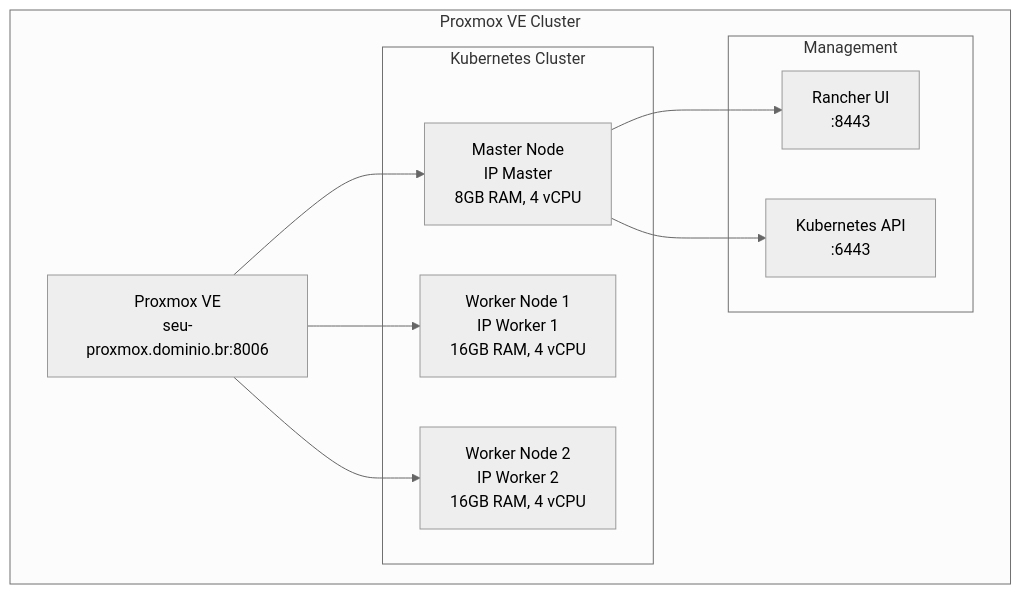
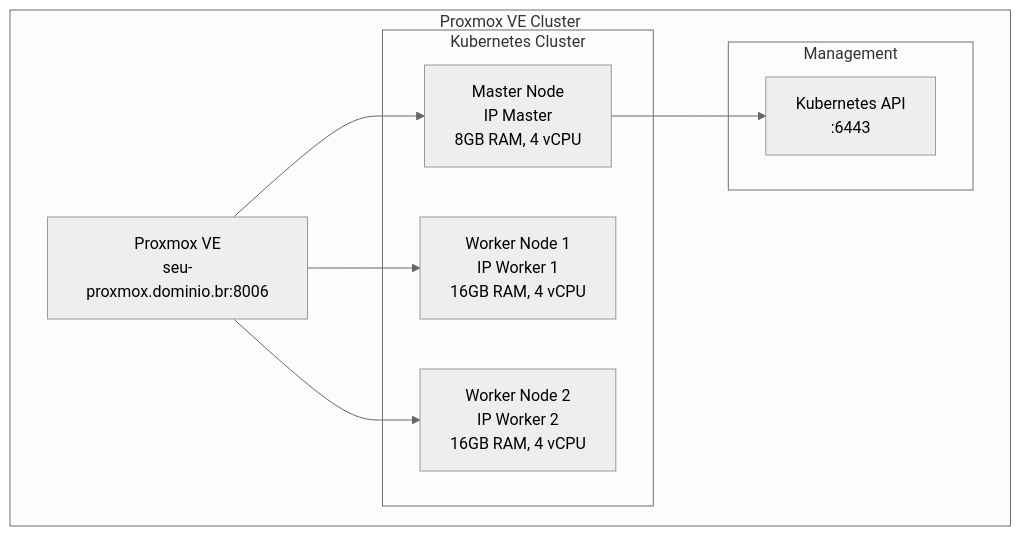
One commit to wagnerpf/Proxmox-VE-_cluster-Kubernetes_Rancher changed the diagram in README.md. Above: the diagram before and after it, drawn with Mermaid (neutral theme). The commit also changed other lines of this file and 17 other files, not shown here.

````diff
--- a/README.md
+++ b/README.md
@@ -43,23 +42,21 @@
 ```mermaid
 graph TB
   subgraph "Proxmox VE Cluster"
     PM[Proxmox VE<br/>seu-proxmox.dominio.br:8006]
     
     subgraph "Kubernetes Cluster"
       M1[Master Node<br/>IP Master<br/>8GB RAM, 4 vCPU]
       W1[Worker Node 1<br/>IP Worker 1<br/>16GB RAM, 4 vCPU]
       W2[Worker Node 2<br/>IP Worker 2<br/>16GB RAM, 4 vCPU]
     end
     
     subgraph "Management"
-      R[Rancher UI<br/>:8443]
       K[Kubernetes API<br/>:6443]
     end
   end
   
   PM --> M1
   PM --> W1
   PM --> W2
-  M1 --> R
   M1 --> K
 ```
````
